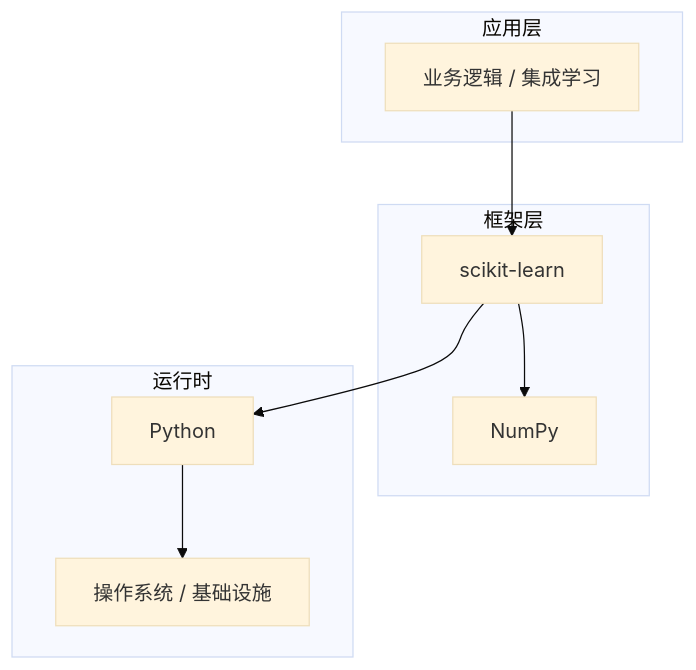
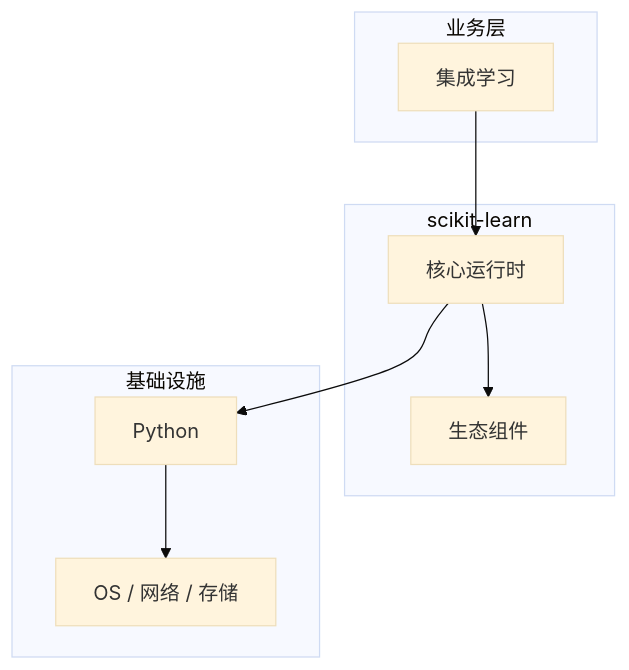
The diagram in articles/机器学习/chapters/120-集成学习核心概念与原理.md (yanggan2015/knowledge-json-v2), drawn with Mermaid (base theme) before and after one commit. The commit also changed other lines of this file and 10127 other files, not shown here.

````diff
--- a/articles/机器学习/chapters/120-集成学习核心概念与原理.md
+++ b/articles/机器学习/chapters/120-集成学习核心概念与原理.md
@@ -45,18 +30,18 @@
 ```mermaid
 graph TB
-    subgraph 应用层
-        A[业务逻辑 / 集成学习]
+    subgraph 业务层
+        A[集成学习]
     end
-    subgraph 框架层
-        B[scikit-learn]
-        C[NumPy]
+    subgraph scikit-learn
+        B[核心运行时]
+        C[生态组件]
     end
-    subgraph 运行时
+    subgraph 基础设施
         D[Python]
-        E[操作系统 / 基础设施]
+        E[OS / 网络 / 存储]
     end
     A --> B
     B --> C
     B --> D
     D --> E
 ```
````
